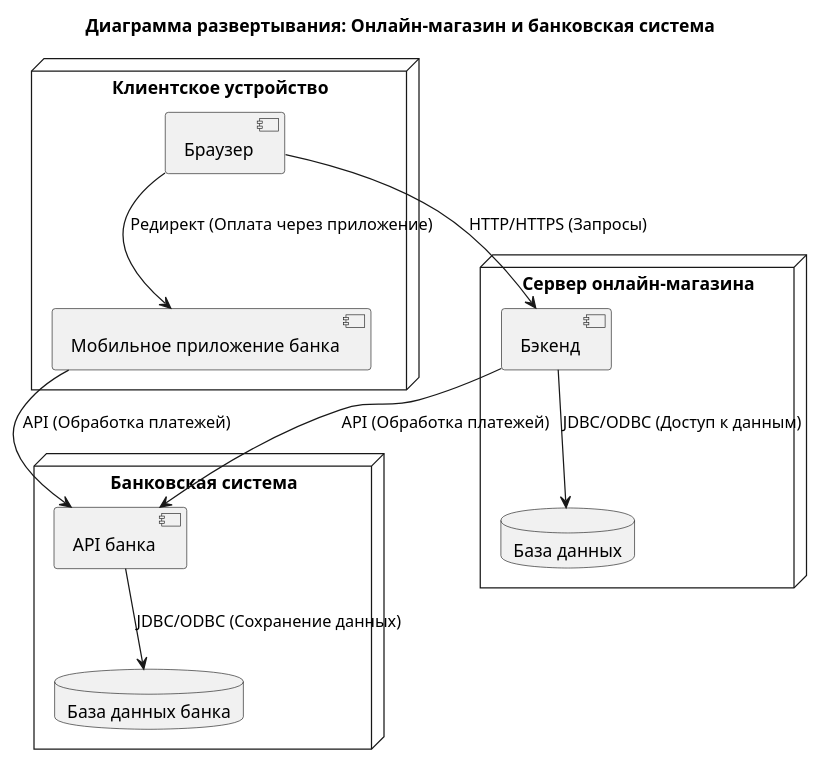
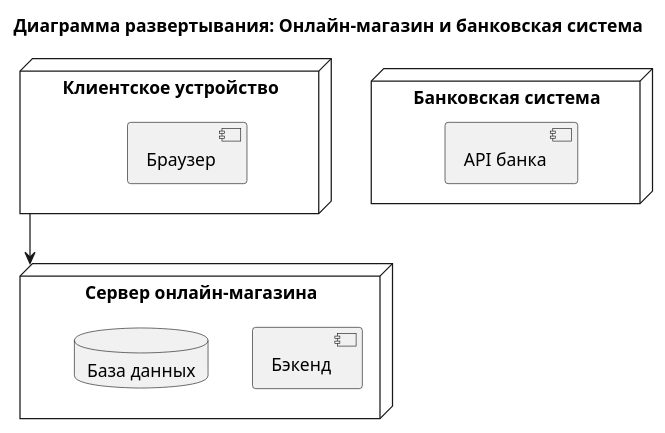
The diagram in laba_1-4/new_calss.puml (UraharaKiska/umlk_diagram), drawn with PlantUML before and after one commit. The commit also changed 4 other files, not shown here.

```diff
--- a/laba_1-4/new_calss.puml
+++ b/laba_1-4/new_calss.puml
@@ -1,27 +1,27 @@
 @startuml
 title Диаграмма развертывания: Онлайн-магазин и банковская система
 
 node "Клиентское устройство" as Client {
     component "Браузер" as Browser
-    component "Мобильное приложение банка" as MobileApp
+    ' component "Мобильное приложение банка" as MobileApp
 }
 
 node "Сервер онлайн-магазина" as ShopServer {
     component "Бэкенд" as Backend
     database "База данных" as ShopDB
 }
 
 node "Банковская система" as BankSystem {
     component "API банка" as BankAPI
-    database "База данных банка" as BankDB
 }
 
 ' Взаимодействия
-Browser --> Backend : HTTP/HTTPS (Запросы)
-Backend --> ShopDB : JDBC/ODBC (Доступ к данным)
-Backend --> BankAPI : API (Обработка платежей)
-Browser --> MobileApp : Редирект (Оплата через приложение)
-MobileApp --> BankAPI : API (Обработка платежей)
-BankAPI --> BankDB : JDBC/ODBC (Сохранение данных)
+
+Client --> ShopServer
+' Browser --> Backend : HTTP/HTTPS (Запросы)
+' Backend --> ShopDB : JDBC/ODBC (Доступ к данным)
+' Backend --> BankAPI : API (Обработка платежей)
+' Browser --> MobileApp : Редирект (Оплата через приложение)
+' MobileApp --> BankAPI : API (Обработка платежей)
 
 @enduml
```
